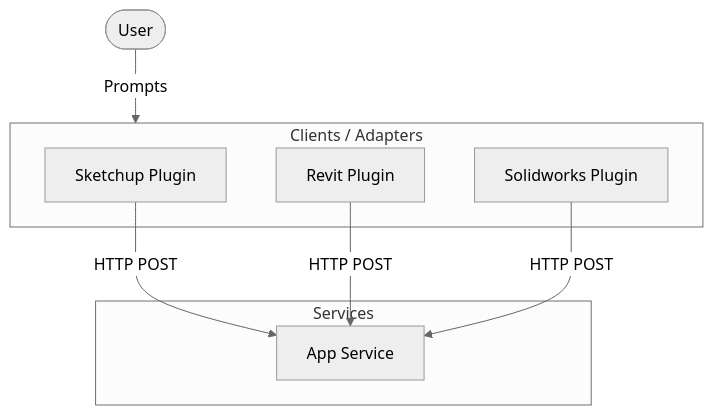
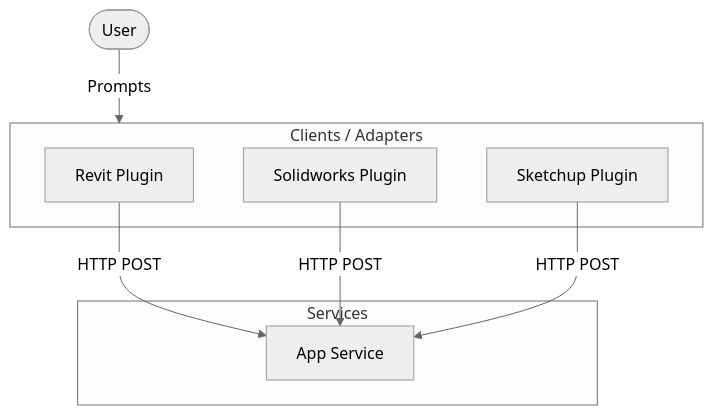
One commit to NITISH-R-G/TextBridge3D changed the diagram in docs/diagrams/architecture.md. Above: the diagram before and after it, drawn with Mermaid (neutral theme). The commit also changed other lines of this file and 2 other files, not shown here.

Commit message:
docs: Auto-generate architecture diagrams and README

````diff
--- a/docs/diagrams/architecture.md
+++ b/docs/diagrams/architecture.md
@@ -1,19 +1,19 @@
 ```mermaid
 graph TD
     User([User])
 
     subgraph Clients["Clients / Adapters"]
-        sketchup["Sketchup Plugin"]
         revit["Revit Plugin"]
         solidworks["Solidworks Plugin"]
+        sketchup["Sketchup Plugin"]
     end
 
     subgraph Services["Services"]
         app["App Service"]
     end
 
     User -->|Prompts| Clients
-    sketchup -->|HTTP POST| app
     revit -->|HTTP POST| app
     solidworks -->|HTTP POST| app
+    sketchup -->|HTTP POST| app
 ```
````
